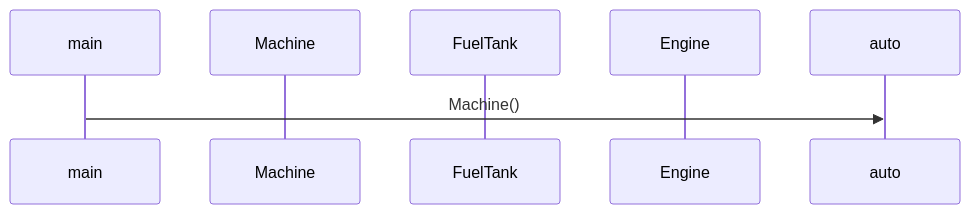
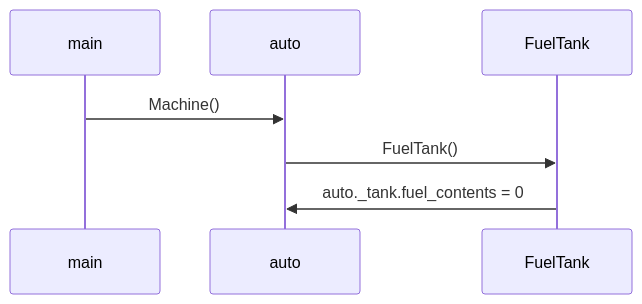
Before and after one commit to VilleJuhan1/ot-harjoitustyo: the diagram in laskarit/viikko3/sekvenssikaavio.md, drawn with Mermaid.

Commit message:
muokkausta

````diff
--- a/laskarit/viikko3/sekvenssikaavio.md
+++ b/laskarit/viikko3/sekvenssikaavio.md
@@ -3,11 +3,9 @@
 ```mermaid
 sequenceDiagram
 
     participant main
-    participant Machine
-    participant FuelTank
-    participant Engine
-
     main->>auto: Machine()
+    auto->>FuelTank: FuelTank()
+    FuelTank->>auto: auto._tank.fuel_contents = 0
 
 ```
````
